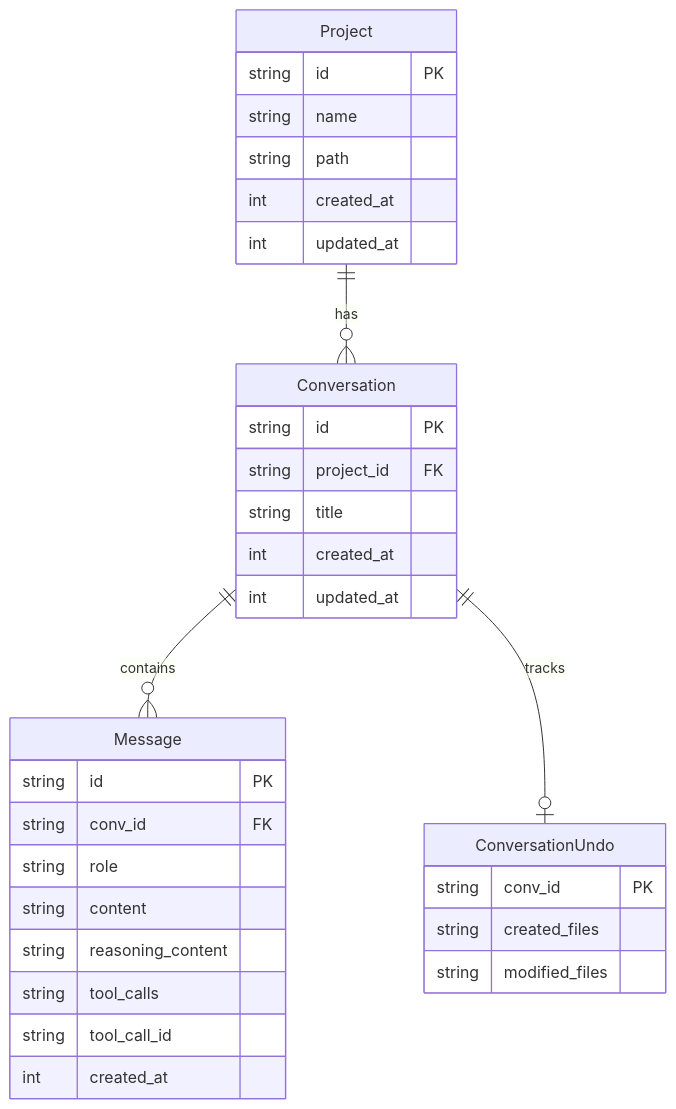
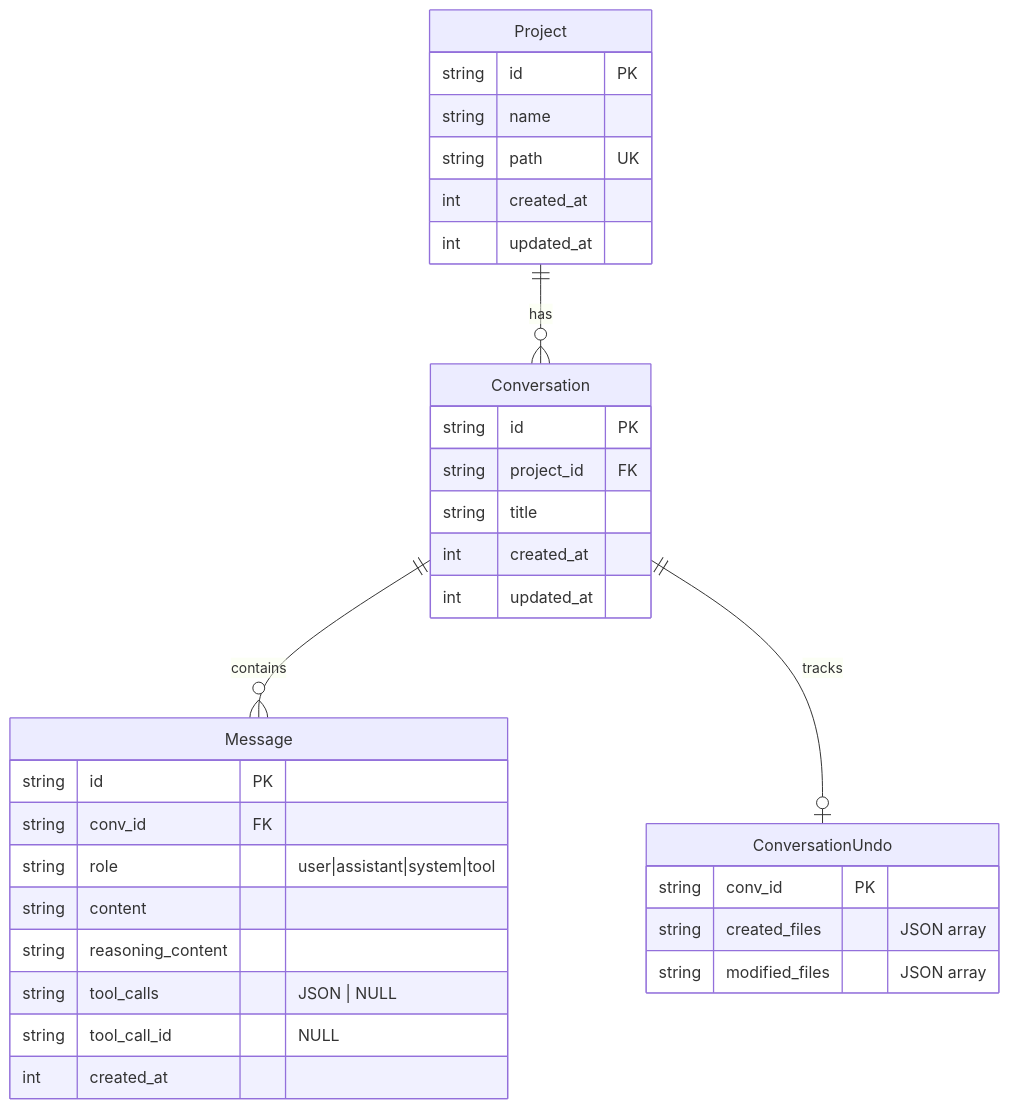
The third of 6 diagrams in docs/architecture.md (XieZehuai/my-coding-agent), drawn with Mermaid before and after one commit. The commit also changed other lines of this file and 22 other files, not shown here.

````diff
--- a/docs/architecture.md
+++ b/docs/architecture.md
@@ -188,39 +266,39 @@
 ```mermaid
 erDiagram
     Project ||--o{ Conversation : has
     Conversation ||--o{ Message : contains
     Conversation ||--o| ConversationUndo : tracks
 
     Project {
         string id PK
         string name
-        string path
+        string path UK
         int created_at
         int updated_at
     }
 
     Conversation {
         string id PK
         string project_id FK
         string title
         int created_at
         int updated_at
     }
 
     Message {
         string id PK
         string conv_id FK
-        string role
+        string role "user|assistant|system|tool"
         string content
         string reasoning_content
-        string tool_calls
-        string tool_call_id
+        string tool_calls "JSON | NULL"
+        string tool_call_id "NULL"
         int created_at
     }
 
     ConversationUndo {
         string conv_id PK
-        string created_files
-        string modified_files
+        string created_files "JSON array"
+        string modified_files "JSON array"
     }
 ```
````
